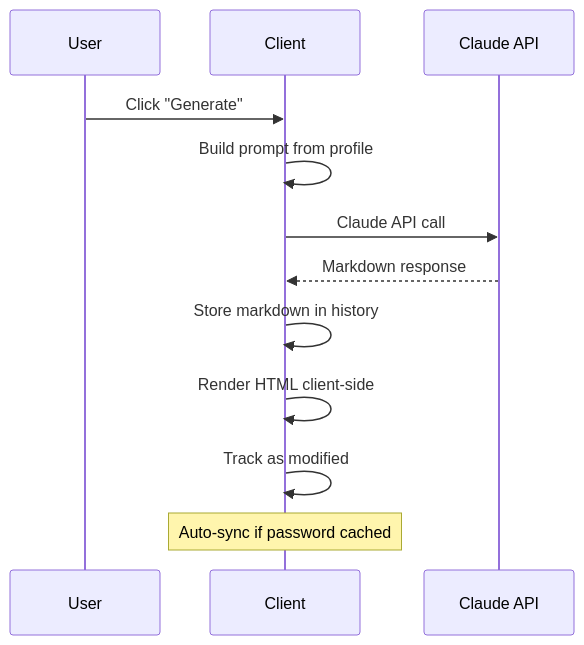
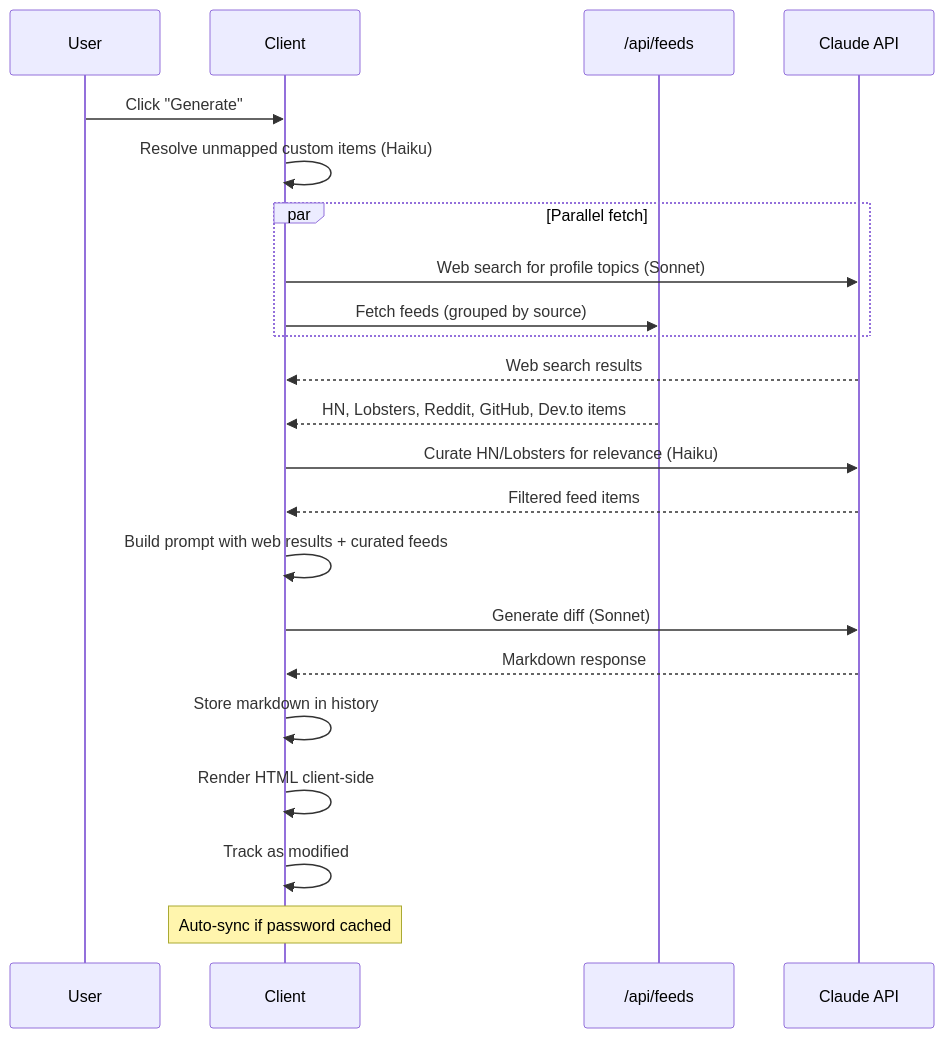
Before and after one commit to SmileyChris/difflog: the first of 2 diagrams in docs/architecture/overview.md, drawn with Mermaid. The commit also changed other lines of this file and 11 other files, not shown here.

First line of the commit message:
feat: enhance feed system with AI curation, web search, and discussion links

````diff
--- a/docs/architecture/overview.md
+++ b/docs/architecture/overview.md
@@ -162,15 +162,25 @@
 ``` mermaid
 sequenceDiagram
     participant U as User
     participant C as Client
+    participant F as /api/feeds
     participant AI as Claude API
 
     U->>C: Click "Generate"
-    C->>C: Build prompt from profile
-    C->>AI: Claude API call
+    C->>C: Resolve unmapped custom items (Haiku)
+    par Parallel fetch
+        C->>AI: Web search for profile topics (Sonnet)
+        C->>F: Fetch feeds (grouped by source)
+    end
+    AI-->>C: Web search results
+    F-->>C: HN, Lobsters, Reddit, GitHub, Dev.to items
+    C->>AI: Curate HN/Lobsters for relevance (Haiku)
+    AI-->>C: Filtered feed items
+    C->>C: Build prompt with web results + curated feeds
+    C->>AI: Generate diff (Sonnet)
     AI-->>C: Markdown response
     C->>C: Store markdown in history
     C->>C: Render HTML client-side
     C->>C: Track as modified
     Note over C: Auto-sync if password cached
 ```
````
